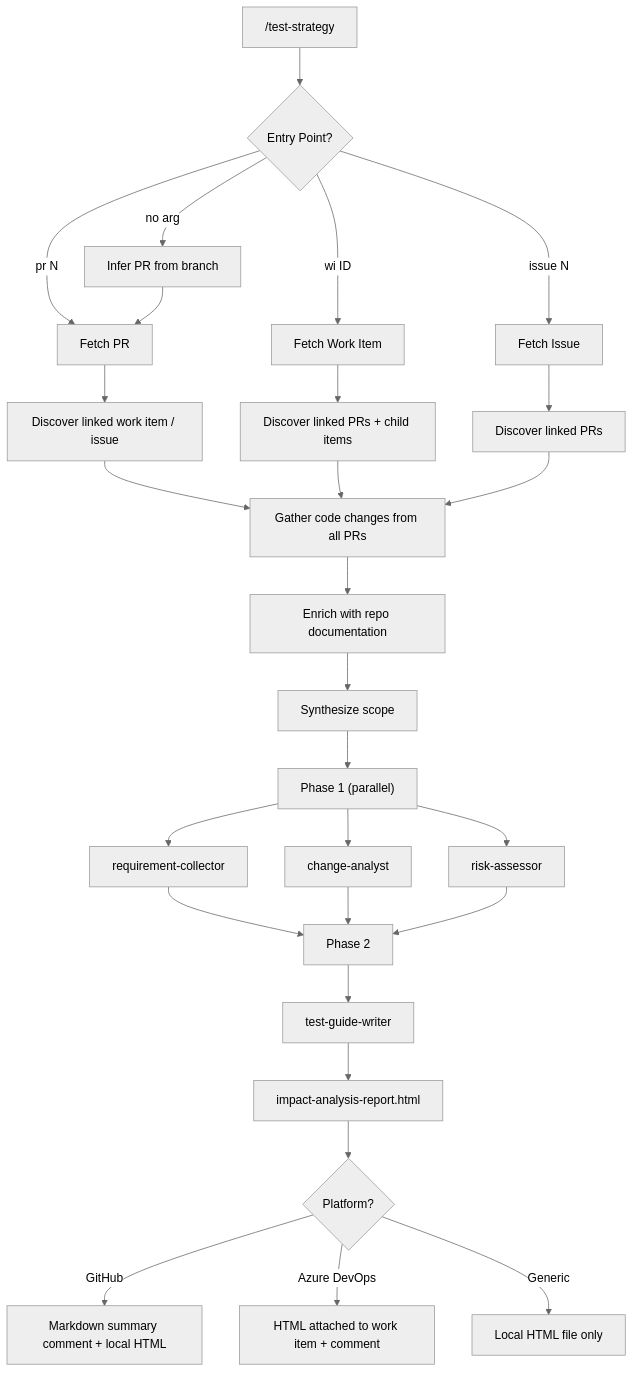
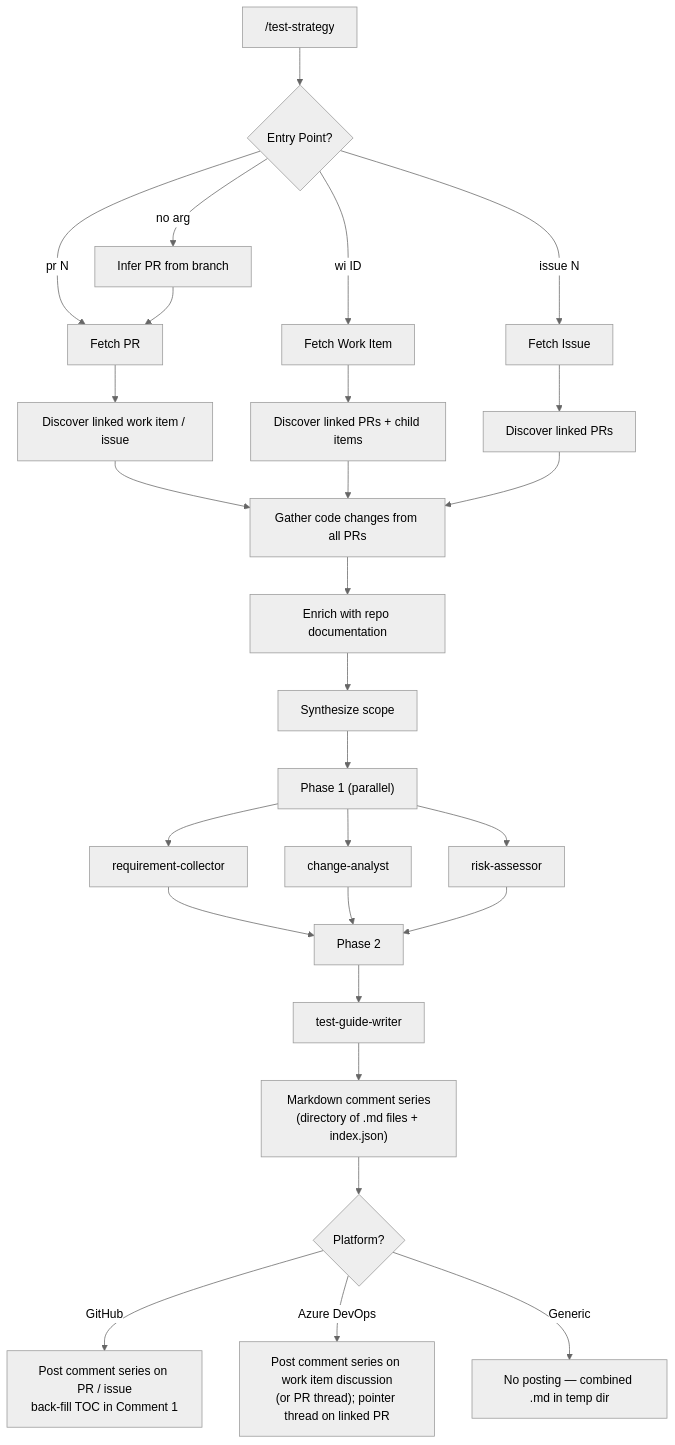
Before and after one commit to xianix-team/plugins-official: the diagram in plugins/test-strategist/README.md, drawn with Mermaid (neutral theme). The commit also changed other lines of this file and 15 other files, not shown here.

````diff
--- a/plugins/test-strategist/README.md
+++ b/plugins/test-strategist/README.md
@@ -40,36 +44,36 @@
 ```mermaid
 flowchart TD
     A["/test-strategy"] --> B{Entry Point?}
     B -->|pr N| C[Fetch PR]
     B -->|wi ID| D[Fetch Work Item]
     B -->|issue N| E[Fetch Issue]
     B -->|no arg| F[Infer PR from branch]
     F --> C
 
     C --> G[Discover linked work item / issue]
     D --> H[Discover linked PRs + child items]
     E --> I[Discover linked PRs]
 
     G --> J[Gather code changes from all PRs]
     H --> J
     I --> J
 
     J --> K[Enrich with repo documentation]
     K --> L[Synthesize scope]
 
     L --> M["Phase 1 (parallel)"]
     M --> N[requirement-collector]
     M --> O[change-analyst]
     M --> P[risk-assessor]
 
     N --> Q["Phase 2"]
     O --> Q
     P --> Q
     Q --> R[test-guide-writer]
 
-    R --> S["impact-analysis-report.html"]
+    R --> S["Markdown comment series<br/>(directory of .md files + index.json)"]
     S --> T{Platform?}
-    T -->|GitHub| U["Markdown summary comment + local HTML"]
-    T -->|Azure DevOps| V["HTML attached to work item + comment"]
-    T -->|Generic| W["Local HTML file only"]
+    T -->|GitHub| U["Post comment series on PR / issue<br/>back-fill TOC in Comment 1"]
+    T -->|Azure DevOps| V["Post comment series on work item discussion<br/>(or PR thread); pointer thread on linked PR"]
+    T -->|Generic| W["No posting — combined .md in temp dir"]
 ```
````
